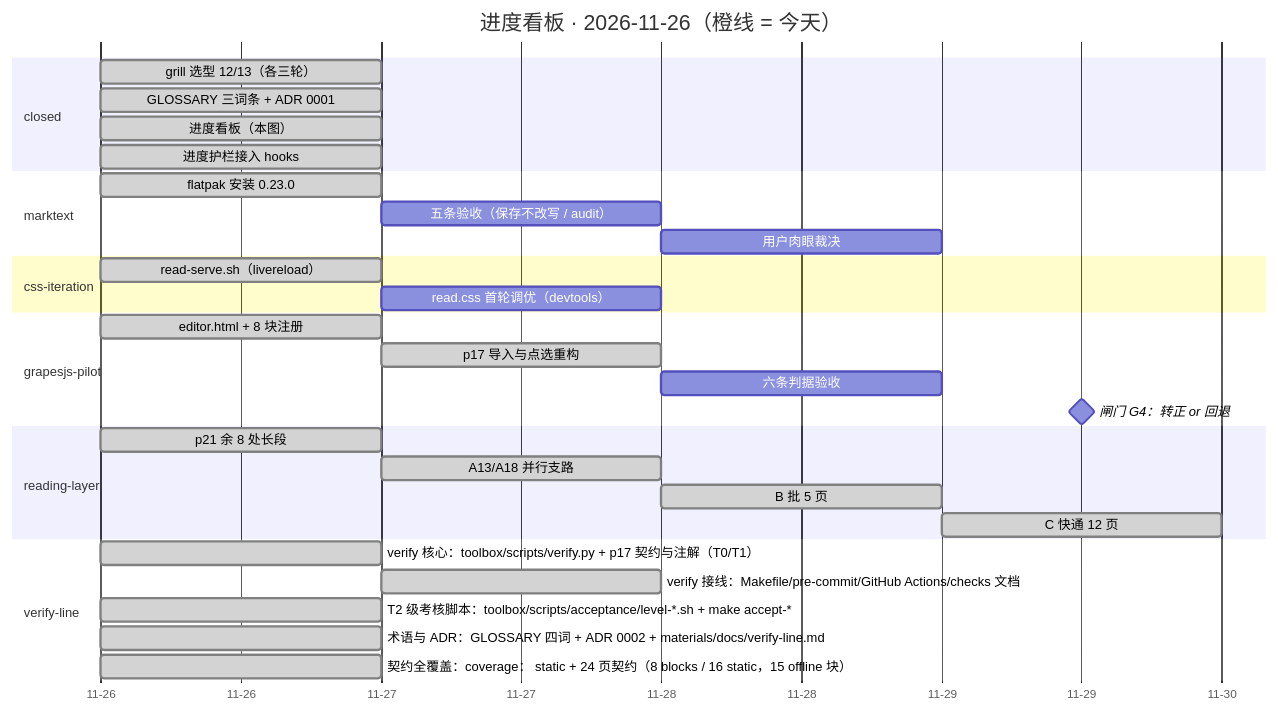
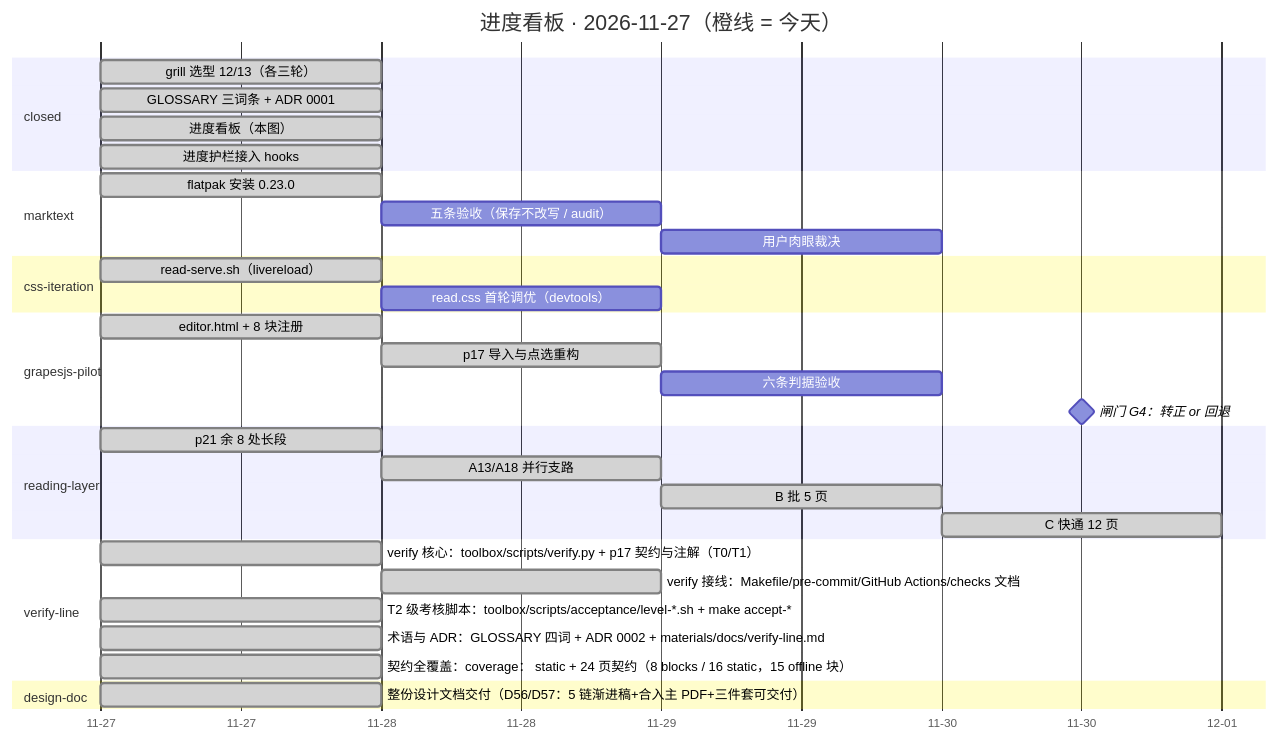
One commit to ZhenSiRong/DSWS changed the diagram in materials/humen-desicions/14-progress-gantt.md. Above: the diagram before and after it, drawn with Mermaid. The commit also changed 63 other files, not shown here.

First line of the commit message:
feat(design-doc): 整份设计文档交付——A 类 5 链渐进稿 + 决策生长版 design-doc.pdf（D56/D57）

````diff
--- a/materials/humen-desicions/14-progress-gantt.md
+++ b/materials/humen-desicions/14-progress-gantt.md
@@ -11,41 +11,44 @@
 ```mermaid
 gantt
-    title 进度看板 · 2026-11-26（橙线 = 今天）
+    title 进度看板 · 2026-11-27（橙线 = 今天）
     dateFormat YYYY-MM-DD
     axisFormat %m-%d
     todayMarker stroke-width:3px,stroke:#e65100
 
     section closed
-    grill 选型 12/13（各三轮）        :done, s1, 2026-11-26, 1d
-    GLOSSARY 三词条 + ADR 0001        :done, s2, 2026-11-26, 1d
-    进度看板（本图）        :done, s3, 2026-11-26, 1d
-    进度护栏接入 hooks        :done, s4, 2026-11-26, 1d
+    grill 选型 12/13（各三轮）        :done, s1, 2026-11-27, 1d
+    GLOSSARY 三词条 + ADR 0001        :done, s2, 2026-11-27, 1d
+    进度看板（本图）        :done, s3, 2026-11-27, 1d
+    进度护栏接入 hooks        :done, s4, 2026-11-27, 1d
 
     section marktext
-    flatpak 安装 0.23.0        :done, m1, 2026-11-26, 1d
+    flatpak 安装 0.23.0        :done, m1, 2026-11-27, 1d
     五条验收（保存不改写 / audit）        :m2, after m1, 1d
     用户肉眼裁决        :m3, after m2, 1d
 
     section css-iteration
-    read-serve.sh（livereload）        :done, c1, 2026-11-26, 1d
+    read-serve.sh（livereload）        :done, c1, 2026-11-27, 1d
     read.css 首轮调优（devtools）        :c2, after c1, 1d
 
     section grapesjs-pilot
-    editor.html + 8 块注册        :done, g1, 2026-11-26, 1d
+    editor.html + 8 块注册        :done, g1, 2026-11-27, 1d
     p17 导入与点选重构        :done, g2, after g1, 1d
     六条判据验收        :g3, after g2, 1d
     闸门 G4：转正 or 回退        :milestone, g4, after g3, 1d
 
     section reading-layer
-    p21 余 8 处长段        :done, r1, 2026-11-26, 1d
+    p21 余 8 处长段        :done, r1, 2026-11-27, 1d
     A13/A18 并行支路        :done, r2, after r1, 1d
     B 批 5 页        :done, r3, after r2, 1d
     C 快通 12 页        :done, r4, after r3, 1d
 
     section verify-line
-    verify 核心：toolbox/scripts/verify.py + p17 契约与注解（T0/T1）        :done, v1, 2026-11-26, 1d
+    verify 核心：toolbox/scripts/verify.py + p17 契约与注解（T0/T1）        :done, v1, 2026-11-27, 1d
     verify 接线：Makefile/pre-commit/GitHub Actions/checks 文档        :done, v2, after v1, 1d
-    T2 级考核脚本：toolbox/scripts/acceptance/level-*.sh + make accept-*        :done, v3, 2026-11-26, 1d
-    术语与 ADR：GLOSSARY 四词 + ADR 0002 + materials/docs/verify-line.md        :done, v4, 2026-11-26, 1d
-    契约全覆盖：coverage： static + 24 页契约（8 blocks / 16 static，15 offline 块）        :done, v5, 2026-11-26, 1d
+    T2 级考核脚本：toolbox/scripts/acceptance/level-*.sh + make accept-*        :done, v3, 2026-11-27, 1d
+    术语与 ADR：GLOSSARY 四词 + ADR 0002 + materials/docs/verify-line.md        :done, v4, 2026-11-27, 1d
+    契约全覆盖：coverage： static + 24 页契约（8 blocks / 16 static，15 offline 块）        :done, v5, 2026-11-27, 1d
+
+    section design-doc
+    整份设计文档交付（D56/D57：5 链渐进稿+合入主 PDF+三件套可交付）        :done, dg1, 2026-11-27, 1d
 ```
````
